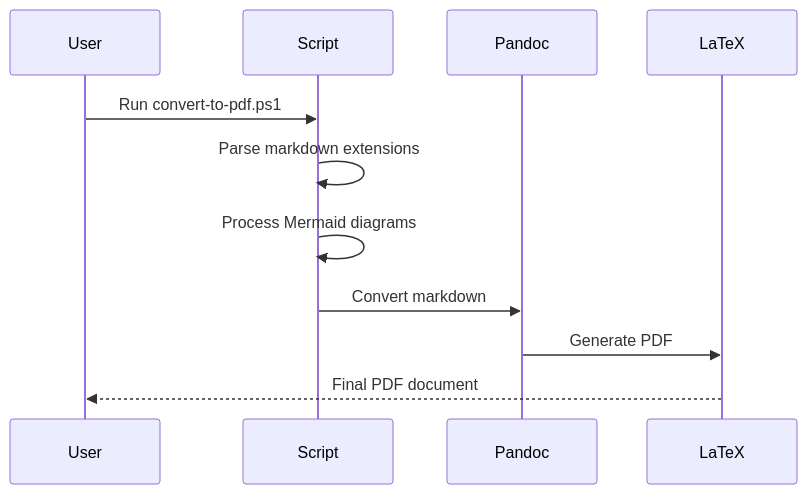
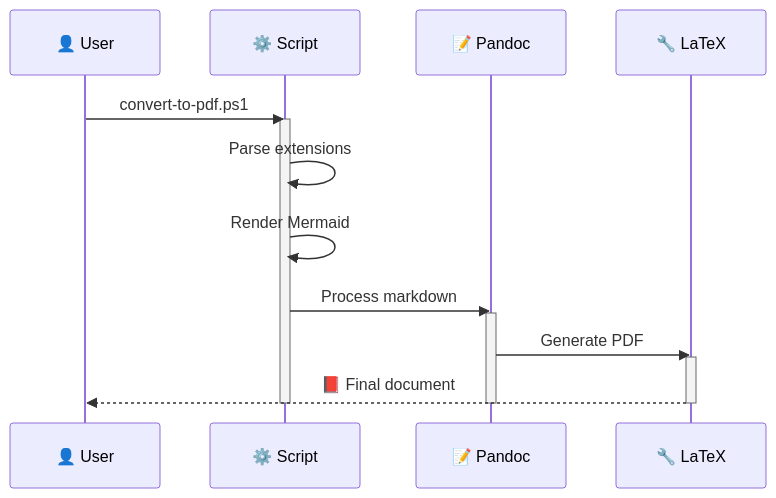
Before and after one commit to fabioc-aloha/markdown-to-pdf: the second of 2 diagrams in sample.md, drawn with Mermaid. The commit also changed other lines of this file and 1 other file, not shown here.

````diff
--- a/sample.md
+++ b/sample.md
@@ -64,14 +94,20 @@
 ```mermaid
 sequenceDiagram
-    participant User
-    participant Script
-    participant Pandoc
-    participant LaTeX
+    participant U as 👤 User
+    participant S as ⚙️ Script
+    participant P as 📝 Pandoc
+    participant L as 🔧 LaTeX
 
-    User->>Script: Run convert-to-pdf.ps1
-    Script->>Script: Parse markdown extensions
-    Script->>Script: Process Mermaid diagrams
-    Script->>Pandoc: Convert markdown
-    Pandoc->>LaTeX: Generate PDF
-    LaTeX-->>User: Final PDF document
+    U->>S: convert-to-pdf.ps1
+    activate S
+    S->>S: Parse extensions
+    S->>S: Render Mermaid
+    S->>P: Process markdown
+    activate P
+    P->>L: Generate PDF
+    activate L
+    L-->>U: 📕 Final document
+    deactivate L
+    deactivate P
+    deactivate S
 ```
````
